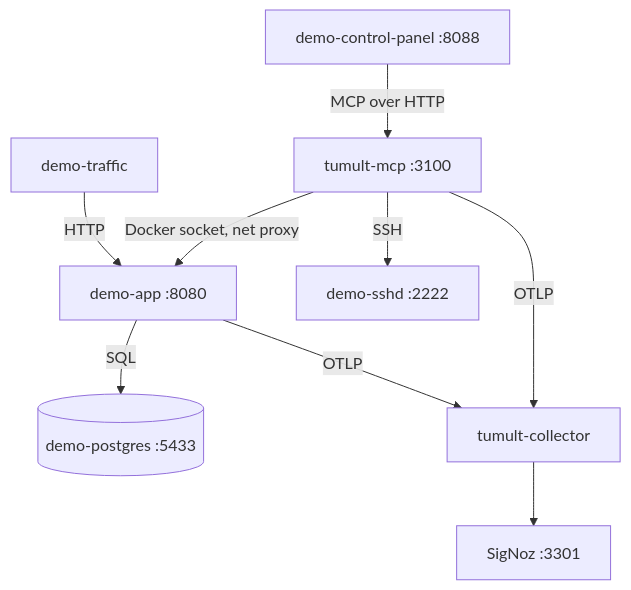
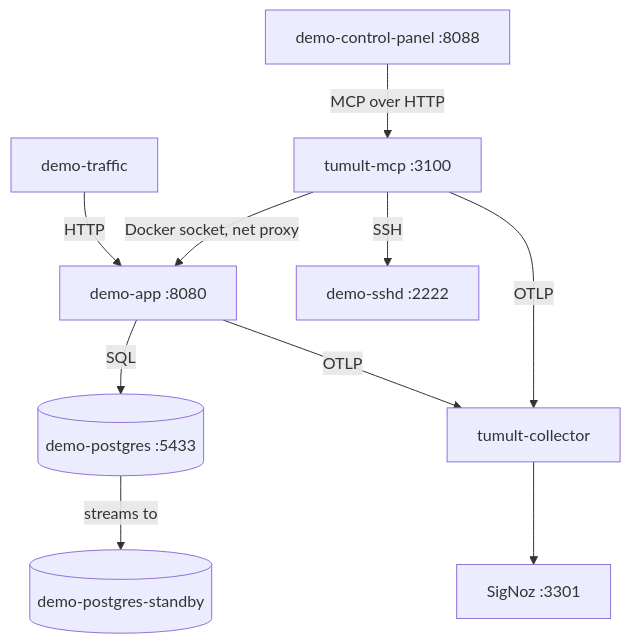
The diagram in demo/README.md (mwigge/tumult), drawn with Mermaid before and after one commit. The commit also changed other lines of this file and 28 other files, not shown here.

````diff
--- a/demo/README.md
+++ b/demo/README.md
@@ -26,13 +26,14 @@
 ```mermaid
 flowchart TD
     accTitle: The demo stack
-    accDescr: demo-traffic sends load to demo-app, which uses demo-postgres. The control panel calls tumult-mcp over MCP. tumult-mcp runs the experiments and reaches the targets through the Docker socket, the tumult-net proxy and SSH to demo-sshd. demo-app and the runs send telemetry to the collector, which forwards it to SigNoz.
+    accDescr: demo-traffic sends load to demo-app, which uses demo-postgres. demo-postgres streams to its standby, demo-postgres-standby. The control panel calls tumult-mcp over MCP. tumult-mcp runs the experiments and reaches the targets through the Docker socket, the tumult-net proxy and SSH to demo-sshd. demo-app and the runs send telemetry to the collector, which forwards it to SigNoz.
     traffic[demo-traffic] -->|HTTP| app[demo-app :8080]
     app -->|SQL| pg[(demo-postgres :5433)]
+    pg -->|streams to| standby[(demo-postgres-standby)]
     panel[demo-control-panel :8088] -->|MCP over HTTP| mcp[tumult-mcp :3100]
     mcp -->|Docker socket, net proxy| app
     mcp -->|SSH| sshd[demo-sshd :2222]
     app -->|OTLP| col[tumult-collector]
     mcp -->|OTLP| col
     col --> signoz[SigNoz :3301]
 ```
````
